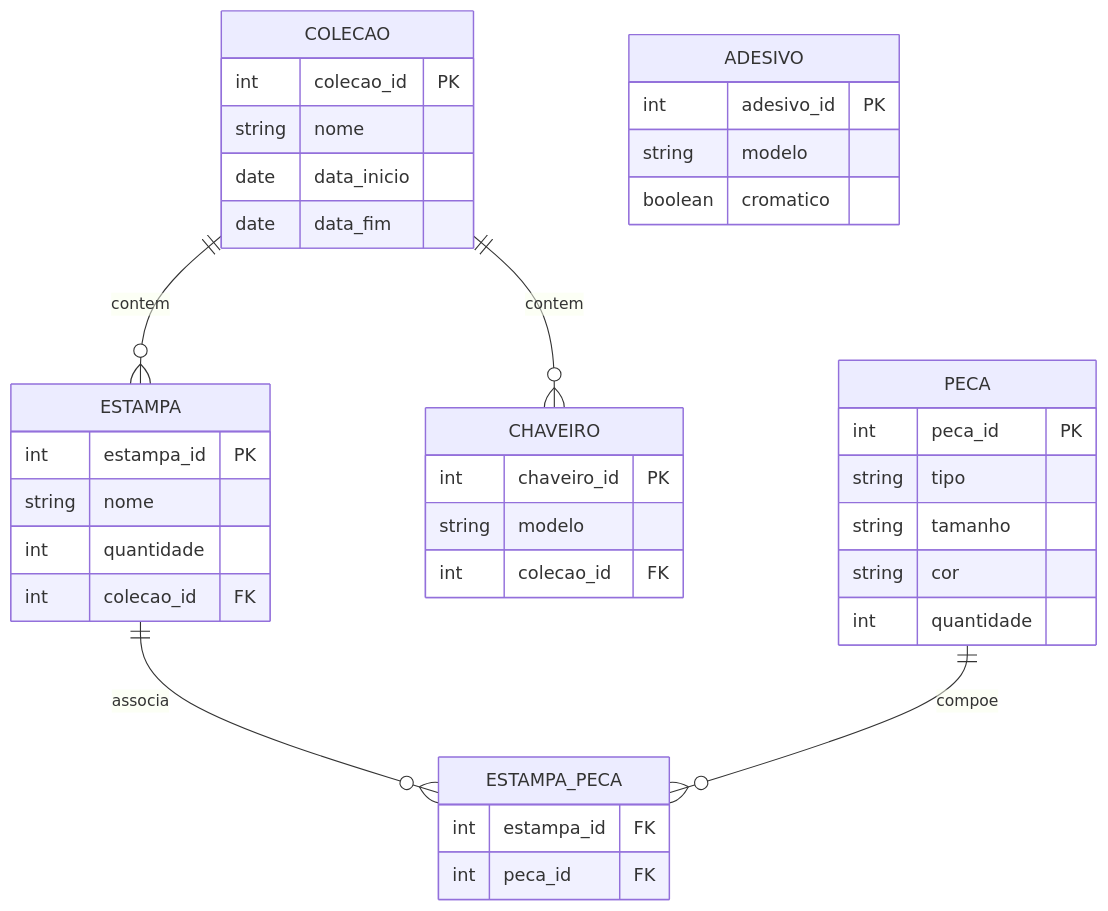
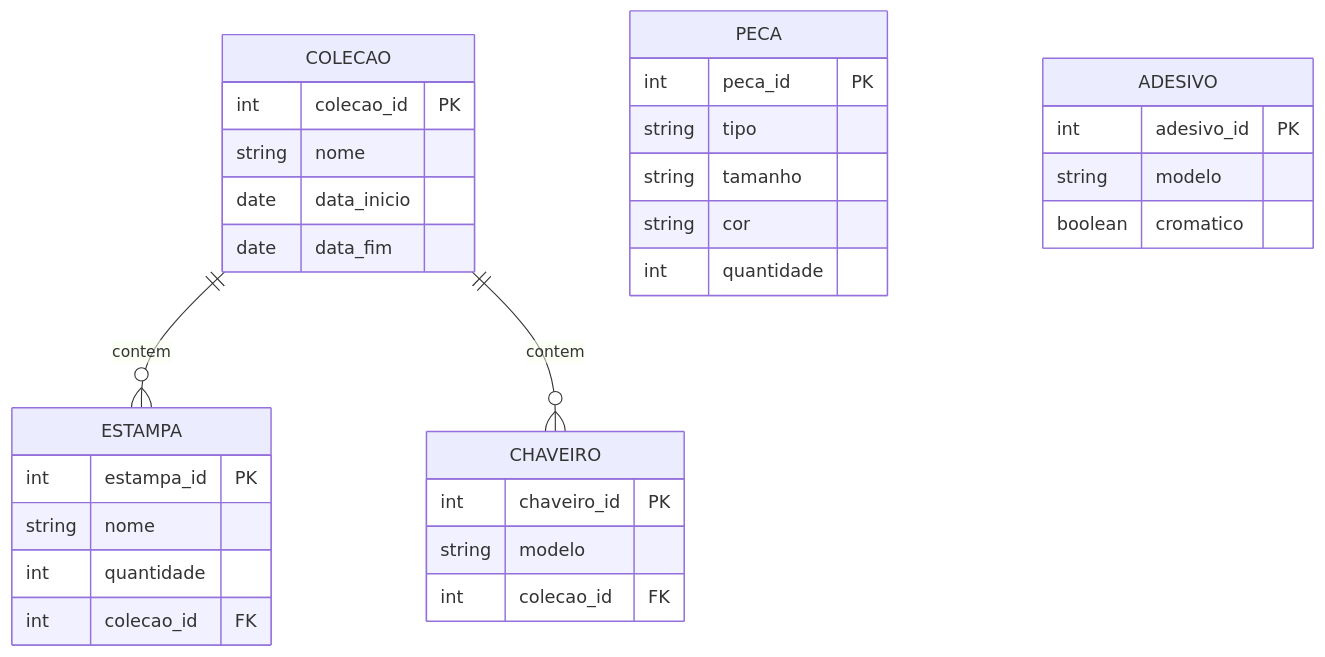
The diagram in artefatos/diagramas/ModeloER.mmd (FeltrinLM/Journey_Back-end), drawn with Mermaid before and after one commit. The commit also changed 1 other file, not shown here.

Commit message:
atualizando diagramas

```diff
--- a/artefatos/diagramas/ModeloER.mmd
+++ b/artefatos/diagramas/ModeloER.mmd
@@ -1,45 +1,38 @@
 erDiagram
     COLECAO ||--o{ ESTAMPA : contem
     COLECAO ||--o{ CHAVEIRO : contem
-    ESTAMPA ||--o{ ESTAMPA_PECA : associa
-    PECA ||--o{ ESTAMPA_PECA : compoe
-
 
     COLECAO {
         int colecao_id PK
         string nome
         date data_inicio
         date data_fim
     }
 
     ESTAMPA {
         int estampa_id PK
         string nome
         int quantidade
         int colecao_id FK
     }
 
     PECA {
         int peca_id PK
         string tipo
         string tamanho
         string cor
         int quantidade
     }
 
-    ESTAMPA_PECA {
-        int estampa_id FK
-        int peca_id FK
-    }
 
     ADESIVO{
         int adesivo_id PK
         string modelo
         boolean cromatico
     }
 
     CHAVEIRO{
         int chaveiro_id PK
         string modelo
         int colecao_id FK
     }
```
